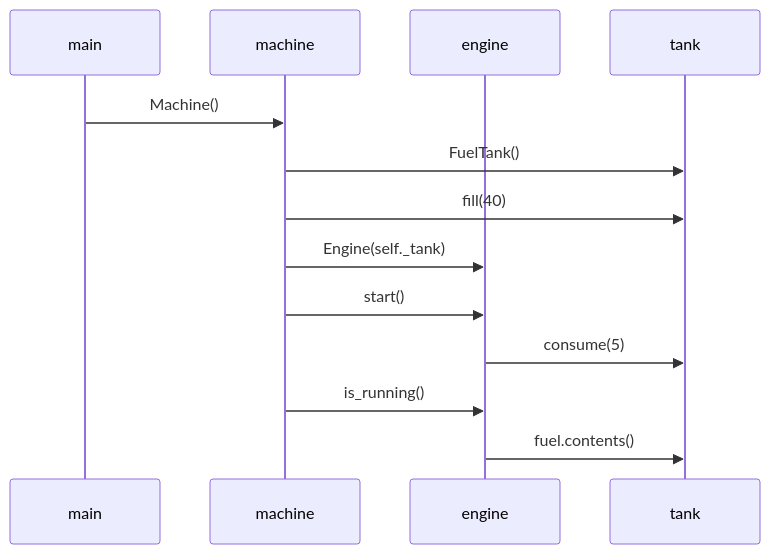
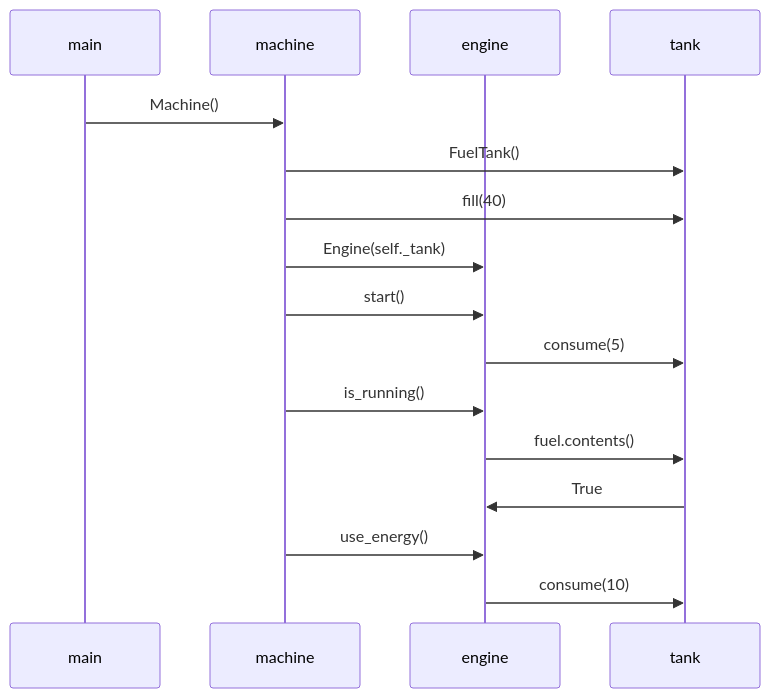
Before and after one commit to oliviahorjamo/OhTe-harjoitustyo-2022: the diagram in laskarit/viikko3/sekvenssikaavio.md, drawn with Mermaid.

````diff
--- a/laskarit/viikko3/sekvenssikaavio.md
+++ b/laskarit/viikko3/sekvenssikaavio.md
@@ -2,16 +2,18 @@
 ```mermaid
 sequenceDiagram
   participant main
   participant machine
   participant engine
   participant tank
   main->>machine: Machine()
   machine->>tank: FuelTank()
   machine->>tank: fill(40)
   machine->>engine: Engine(self._tank)
   machine->>engine: start()
   engine->>tank: consume(5)
   machine->>engine: is_running()
   engine->>tank: fuel.contents()
-  
+  tank->>engine: True
+  machine->>engine: use_energy()
+  engine->>tank: consume(10)
 ```
````
